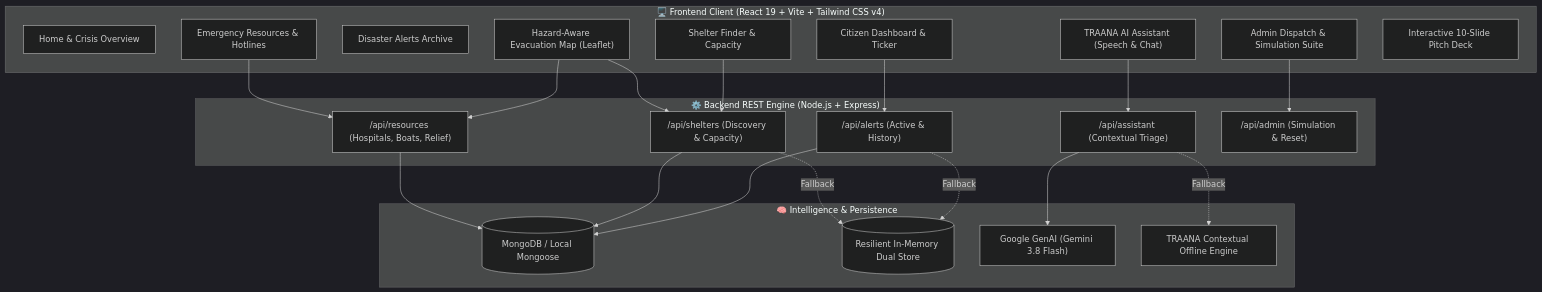
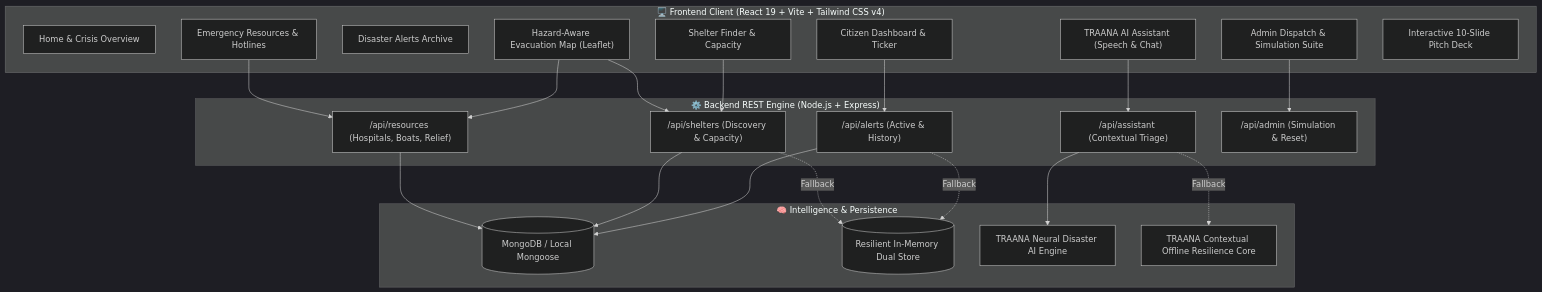
One commit to Swas00/traana-mvp changed the first of 3 diagrams in README.md. Above: the diagram before and after it, drawn with Mermaid (dark theme). The commit also changed other lines of this file and 16 other files, not shown here.

Commit message:
feat: Add dark/light mode, transparent early-warning radar visual, 2-wheeler routing, full calamity spectrum, Indian languages (EN/HI/BN/TA), and rebrand AI to TRAANA Neural Engine

````diff
--- a/README.md
+++ b/README.md
@@ -25,45 +25,45 @@
 ```mermaid
 graph TD
     subgraph ClientLayer["🖥️ Frontend Client (React 19 + Vite + Tailwind CSS v4)"]
         UI_Home["Home & Crisis Overview"]
         UI_Dash["Citizen Dashboard & Ticker"]
         UI_Alerts["Disaster Alerts Archive"]
         UI_Shelter["Shelter Finder & Capacity"]
         UI_Map["Hazard-Aware Evacuation Map (Leaflet)"]
         UI_AI["TRAANA AI Assistant (Speech & Chat)"]
         UI_Res["Emergency Resources & Hotlines"]
         UI_Admin["Admin Dispatch & Simulation Suite"]
         UI_Deck["Interactive 10-Slide Pitch Deck"]
     end
 
     subgraph APILayer["⚙️ Backend REST Engine (Node.js + Express)"]
         API_Alerts["/api/alerts (Active & History)"]
         API_Shelters["/api/shelters (Discovery & Capacity)"]
         API_Resources["/api/resources (Hospitals, Boats, Relief)"]
         API_Assistant["/api/assistant (Contextual Triage)"]
         API_Admin["/api/admin (Simulation & Reset)"]
     end
 
     subgraph DataAndAI["🧠 Intelligence & Persistence"]
         DB_Mongo[("MongoDB / Local Mongoose")]
         Store_Memory[("Resilient In-Memory Dual Store")]
-        AI_Gemini["Google GenAI (Gemini 3.8 Flash)"]
-        AI_Core["TRAANA Contextual Offline Engine"]
+        AI_Engine["TRAANA Neural Disaster AI Engine"]
+        AI_Core["TRAANA Contextual Offline Resilience Core"]
     end
 
     UI_Dash --> API_Alerts
     UI_Shelter --> API_Shelters
     UI_Map --> API_Shelters
     UI_Map --> API_Resources
     UI_AI --> API_Assistant
     UI_Admin --> API_Admin
     UI_Res --> API_Resources
 
     API_Alerts --> DB_Mongo
     API_Alerts -. Fallback .-> Store_Memory
     API_Shelters --> DB_Mongo
     API_Shelters -. Fallback .-> Store_Memory
     API_Resources --> DB_Mongo
-    API_Assistant --> AI_Gemini
+    API_Assistant --> AI_Engine
     API_Assistant -. Fallback .-> AI_Core
 ```
````
